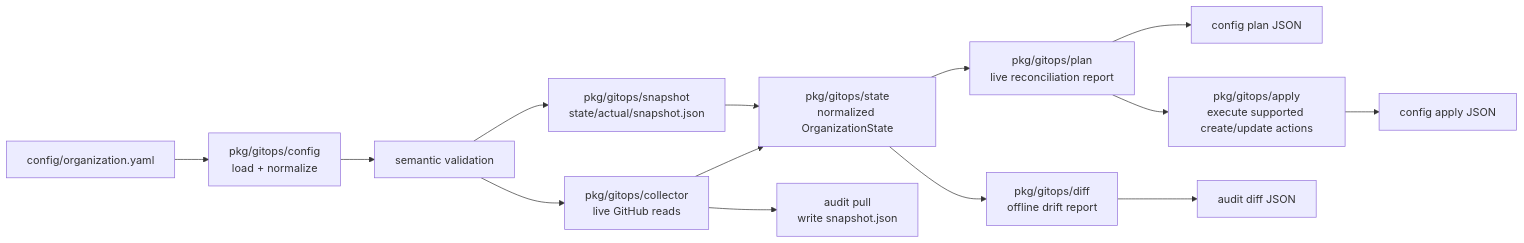
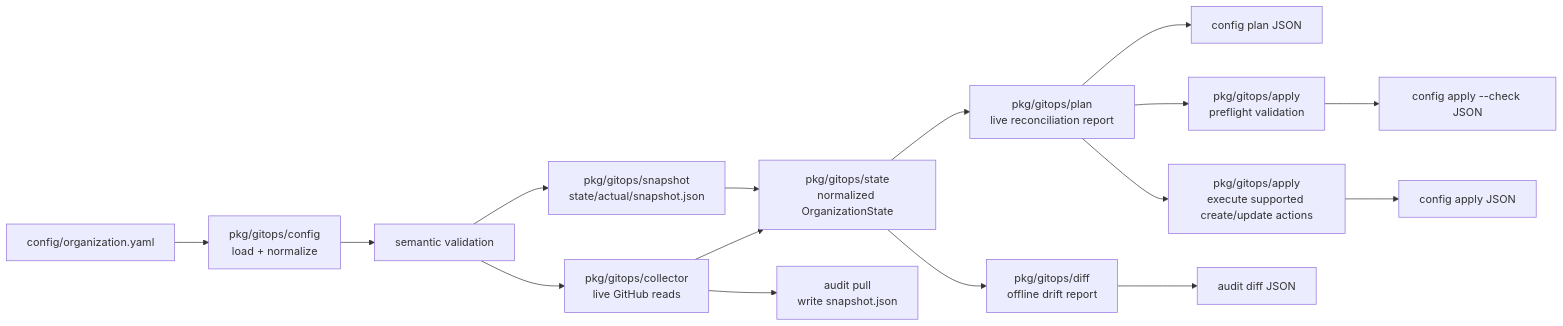
Before and after one commit to orang-gaboets/octostate: the diagram in docs/gitops/architecture.md, drawn with Mermaid.

Commit message:
docs(architecture): show apply-check preflight path

````diff
--- a/docs/gitops/architecture.md
+++ b/docs/gitops/architecture.md
@@ -12,21 +12,23 @@
 ```mermaid
 flowchart LR
     A["config/organization.yaml"] --> B["pkg/gitops/config<br/>load + normalize"]
     B --> C["semantic validation"]
 
     C --> D["pkg/gitops/collector<br/>live GitHub reads"]
     C --> E["pkg/gitops/snapshot<br/>state/actual/snapshot.json"]
 
     D --> F["pkg/gitops/state<br/>normalized OrganizationState"]
     E --> F
 
     F --> G["pkg/gitops/plan<br/>live reconciliation report"]
     F --> H["pkg/gitops/diff<br/>offline drift report"]
 
     G --> I["config plan JSON"]
-    G --> J["pkg/gitops/apply<br/>execute supported create/update actions"]
-    J --> K["config apply JSON"]
+    G --> J["pkg/gitops/apply<br/>preflight validation"]
+    J --> K["config apply --check JSON"]
+    G --> L["pkg/gitops/apply<br/>execute supported create/update actions"]
+    L --> M["config apply JSON"]
 
-    D --> L["audit pull<br/>write snapshot.json"]
-    H --> M["audit diff JSON"]
+    D --> N["audit pull<br/>write snapshot.json"]
+    H --> O["audit diff JSON"]
 ```
````
